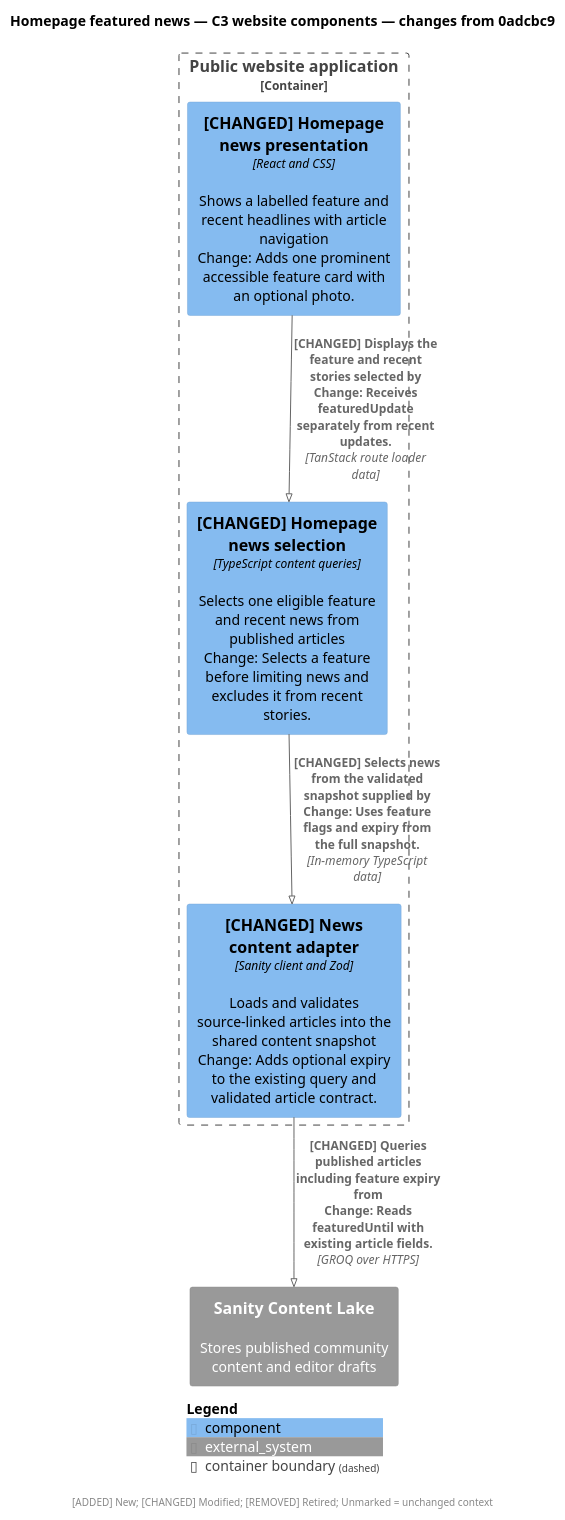
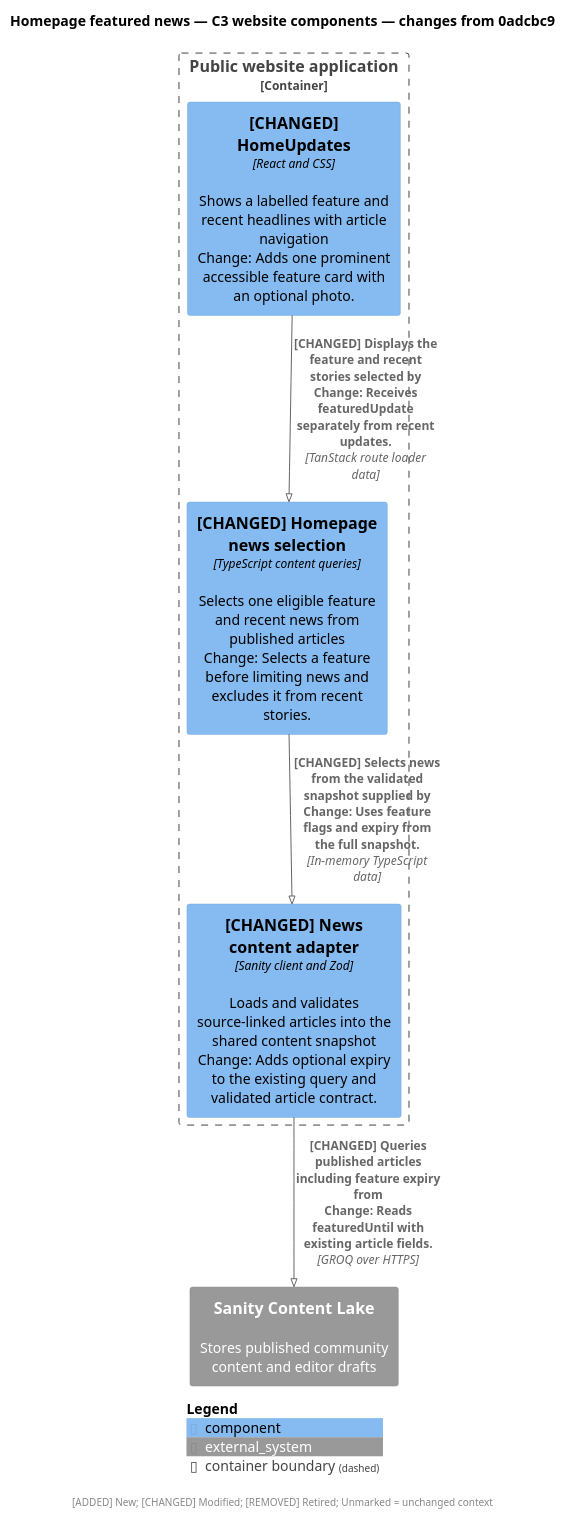
The diagram in docs/handoffs/featured-homepage-news/assets/c3-components.puml (szabototo89/woodbrook-residents), drawn with PlantUML before and after one commit. The commit also changed 24 other files, not shown here.

First line of the commit message:
docs(architecture): name C4 components after their React components

```diff
--- a/docs/handoffs/featured-homepage-news/assets/c3-components.puml
+++ b/docs/handoffs/featured-homepage-news/assets/c3-components.puml
@@ -2,22 +2,22 @@
 @startuml
 !pragma layout smetana
 !include <C4/C4_Component>
 LAYOUT_TOP_DOWN()
 skinparam defaultFontName SansSerif
 skinparam nodesep 45
 skinparam ranksep 45
 title Homepage featured news — C3 website components — changes from 0adcbc9
 
 System_Ext(sanity_content_lake, "Sanity Content Lake", "Stores published community content and editor drafts")
 Container_Boundary(woodbrook_browser, "Public website application") {
   Component(news_content_adapter, "[CHANGED] News content adapter", "Sanity client and Zod", "Loads and validates source-linked articles into the shared content snapshot\nChange: Adds optional expiry to the existing query and validated article contract.")
   Component(homepage_news_selection, "[CHANGED] Homepage news selection", "TypeScript content queries", "Selects one eligible feature and recent news from published articles\nChange: Selects a feature before limiting news and excludes it from recent stories.")
-  Component(homepage_news_presentation, "[CHANGED] Homepage news presentation", "React and CSS", "Shows a labelled feature and recent headlines with article navigation\nChange: Adds one prominent accessible feature card with an optional photo.")
+  Component(homepage_news_presentation, "[CHANGED] HomeUpdates", "React and CSS", "Shows a labelled feature and recent headlines with article navigation\nChange: Adds one prominent accessible feature card with an optional photo.")
 }
 
 Rel(news_content_adapter, sanity_content_lake, "[CHANGED] Queries published articles including feature expiry from\nChange: Reads featuredUntil with existing article fields.", "GROQ over HTTPS")
 Rel(homepage_news_selection, news_content_adapter, "[CHANGED] Selects news from the validated snapshot supplied by\nChange: Uses feature flags and expiry from the full snapshot.", "In-memory TypeScript data")
 Rel(homepage_news_presentation, homepage_news_selection, "[CHANGED] Displays the feature and recent stories selected by\nChange: Receives featuredUpdate separately from recent updates.", "TanStack route loader data")
 SHOW_LEGEND()
 footer [ADDED] New; [CHANGED] Modified; [REMOVED] Retired; Unmarked = unchanged context
 @enduml
```
